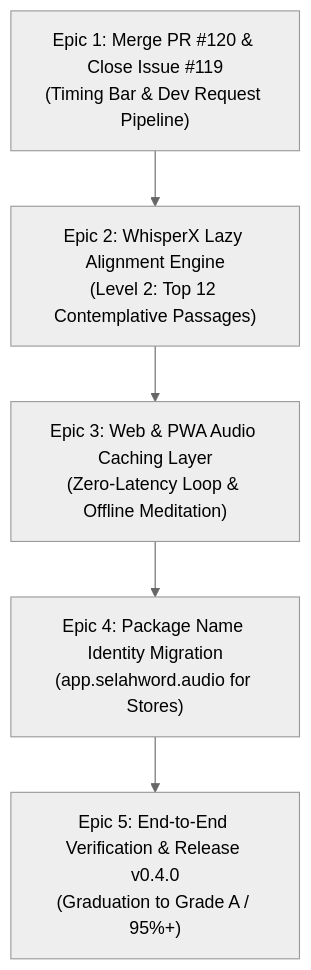
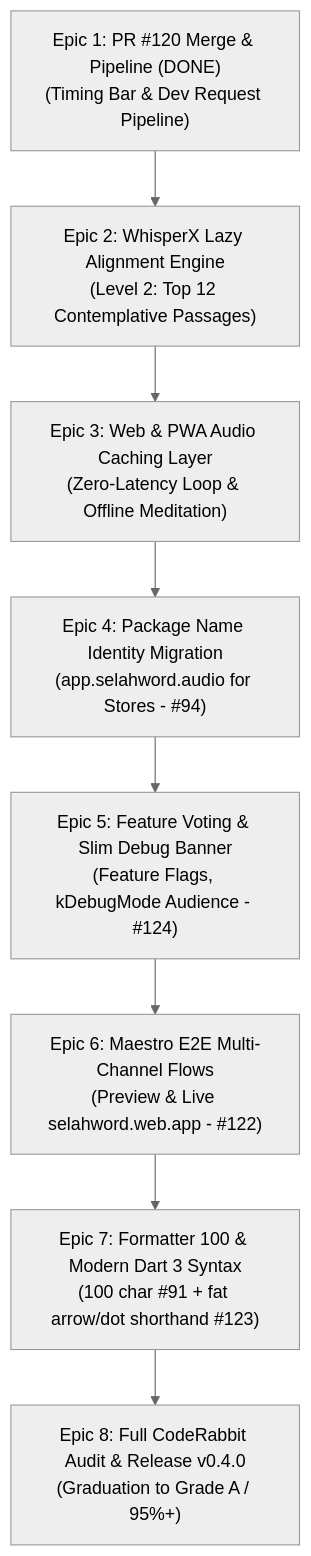
The diagram in monday_afternoon_mega_tasks.md (neiljaywarner/selah_prototype_audio_13sep2026), drawn with Mermaid (neutral theme) before and after one commit. The commit also changed other lines of this file and 1 other file, not shown here.

Commit message:
docs(#122): finalize 8-epic mega tasks roadmap and add Maestro category 9 to scorecard

````diff
--- a/monday_afternoon_mega_tasks.md
+++ b/monday_afternoon_mega_tasks.md
@@ -34,7 +35,10 @@
 ```mermaid
 graph TD
-    E1["Epic 1: Merge PR #120 & Close Issue #119<br/>(Timing Bar & Dev Request Pipeline)"] --> E2["Epic 2: WhisperX Lazy Alignment Engine<br/>(Level 2: Top 12 Contemplative Passages)"]
+    E1["Epic 1: PR #120 Merge & Pipeline (DONE)<br/>(Timing Bar & Dev Request Pipeline)"] --> E2["Epic 2: WhisperX Lazy Alignment Engine<br/>(Level 2: Top 12 Contemplative Passages)"]
     E2 --> E3["Epic 3: Web & PWA Audio Caching Layer<br/>(Zero-Latency Loop & Offline Meditation)"]
-    E3 --> E4["Epic 4: Package Name Identity Migration<br/>(app.selahword.audio for Stores)"]
-    E4 --> E5["Epic 5: End-to-End Verification & Release v0.4.0<br/>(Graduation to Grade A / 95%+)"]
+    E3 --> E4["Epic 4: Package Name Identity Migration<br/>(app.selahword.audio for Stores - #94)"]
+    E4 --> E5["Epic 5: Feature Voting & Slim Debug Banner<br/>(Feature Flags, kDebugMode Audience - #124)"]
+    E5 --> E6["Epic 6: Maestro E2E Multi-Channel Flows<br/>(Preview & Live selahword.web.app - #122)"]
+    E6 --> E7["Epic 7: Formatter 100 & Modern Dart 3 Syntax<br/>(100 char #91 + fat arrow/dot shorthand #123)"]
+    E7 --> E8["Epic 8: Full CodeRabbit Audit & Release v0.4.0<br/>(Graduation to Grade A / 95%+)"]
 ```
````
